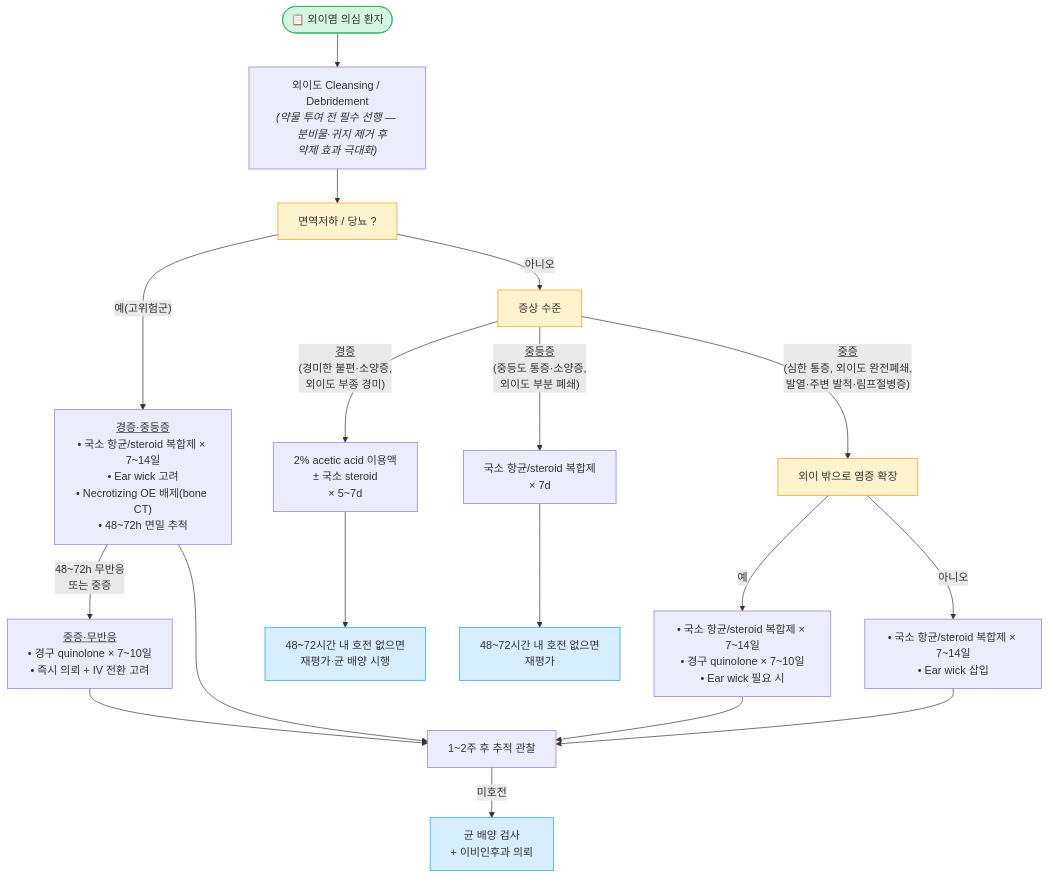
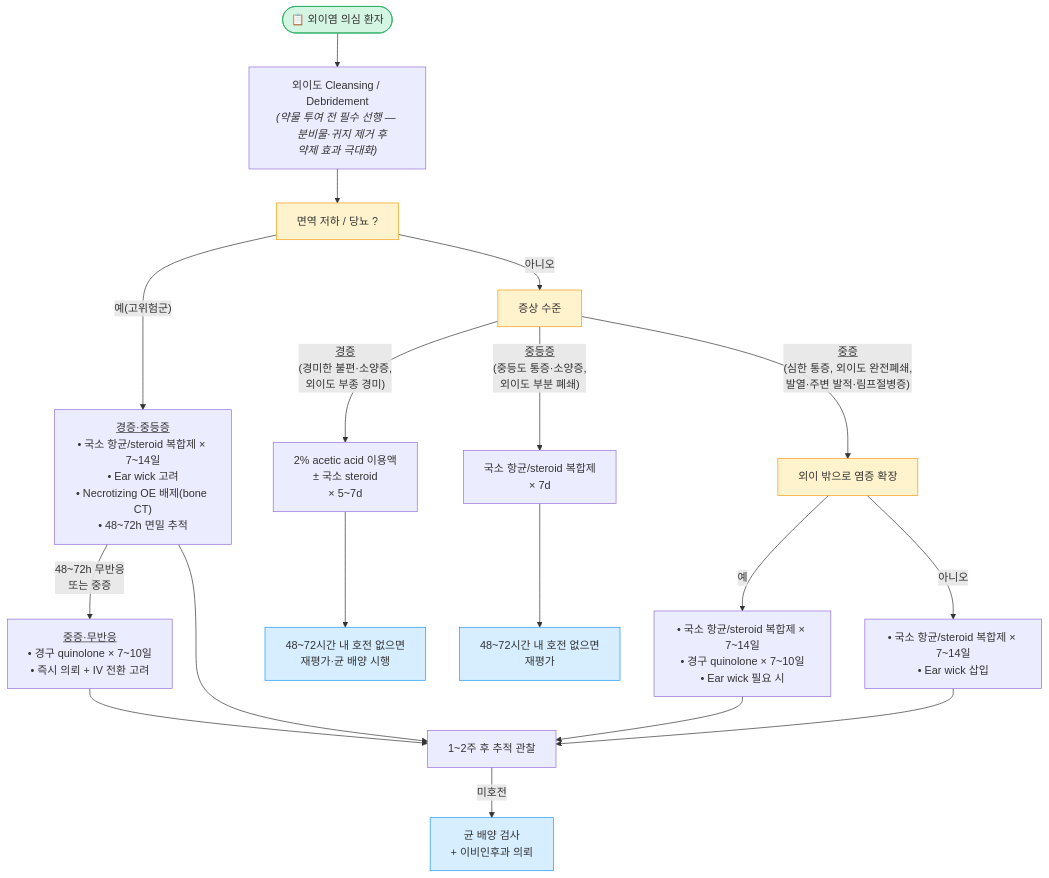
Before and after one commit to familyoh77/familyoh77: the second of 2 diagrams in 222_/047_-otitis-externa.md, drawn with Mermaid. The commit also changed other lines of this file and 19 other files, not shown here.

````diff
--- a/222_/047_-otitis-externa.md
+++ b/222_/047_-otitis-externa.md
@@ -250,34 +250,34 @@
 ```mermaid
 graph TD
     START(["📋 외이염 의심 환자"]) --> CLEAN["외이도 Cleansing / Debridement<br/><i>(약물 투여 전 필수 선행 — 
     분비물·귀지 제거 후 <br/>약제 효과 극대화)</i>"]
     CLEAN --> A
 
-    A[면역저하 / 당뇨 ?] -- "예(고위험군)" --> B1["<u>경증·중등증</u><br/>• 국소 항균/steroid 복합제 × 7~14일<br/>• Ear wick 고려<br/>• Necrotizing OE 배제(bone CT)<br/>• 48~72h 면밀 추적"]
+    A[면역 저하 / 당뇨 ?] -- "예(고위험군)" --> B1["<u>경증·중등증</u><br/>• 국소 항균/steroid 복합제 × 7~14일<br/>• Ear wick 고려<br/>• Necrotizing OE 배제(bone CT)<br/>• 48~72h 면밀 추적"]
     B1 -- "48~72h 무반응<br/>또는 중증" --> B2["<u>중증·무반응</u><br/>• 경구 quinolone × 7~10일<br/>• 즉시 의뢰 + IV 전환 고려"]
     
     A -- "아니오" --> C[증상 수준]
 
     C -- "<u>경증</u><br/>(경미한 불편·소양증,<br/>외이도 부종 경미)" --> D["2% acetic acid 이용액<br/>± 국소 steroid<br/>× 5~7d"]
     
     C -- "<u>중등증</u><br/>(중등도 통증·소양증,<br/>외이도 부분 폐쇄)" --> E["국소 항균/steroid 복합제<br/>× 7d"]
     
     C -- "<u>중증</u><br/>(심한 통증, 외이도 완전폐쇄,<br/>발열·주변 발적·림프절병증)" --> F[외이 밖으로 염증 확장]
     
     F -- "예" --> G["• 국소 항균/steroid 복합제 × 7~14일<br/>• 경구 quinolone × 7~10일<br/>• Ear wick 필요 시"]
     F -- "아니오" --> H["• 국소 항균/steroid 복합제 × 7~14일<br/>• Ear wick 삽입"]
 
     D --> I["48~72시간 내 호전 없으면<br/>재평가·균 배양 시행"]
     E --> J["48~72시간 내 호전 없으면<br/>재평가"]
     B2 --> K["1~2주 후 추적 관찰"]
     B1 --> K
     G --> K
     H --> K
     K -- "미호전" --> REF["균 배양 검사<br/>+ 이비인후과 의뢰"]
     
         style START fill:#d5f5e3,stroke:#27ae60
         classDef yellow fill:#fff3cd,stroke:#f39c12
         class A,C,F yellow
         classDef sky    fill:#d6eeff,stroke:#2196f3
         class REF,I,J sky
 ```
````
